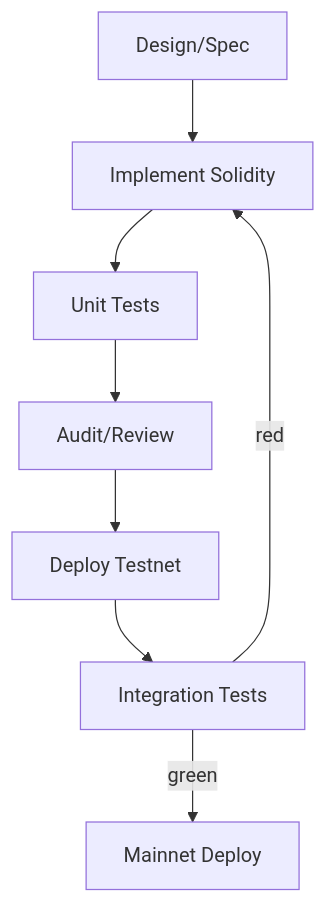
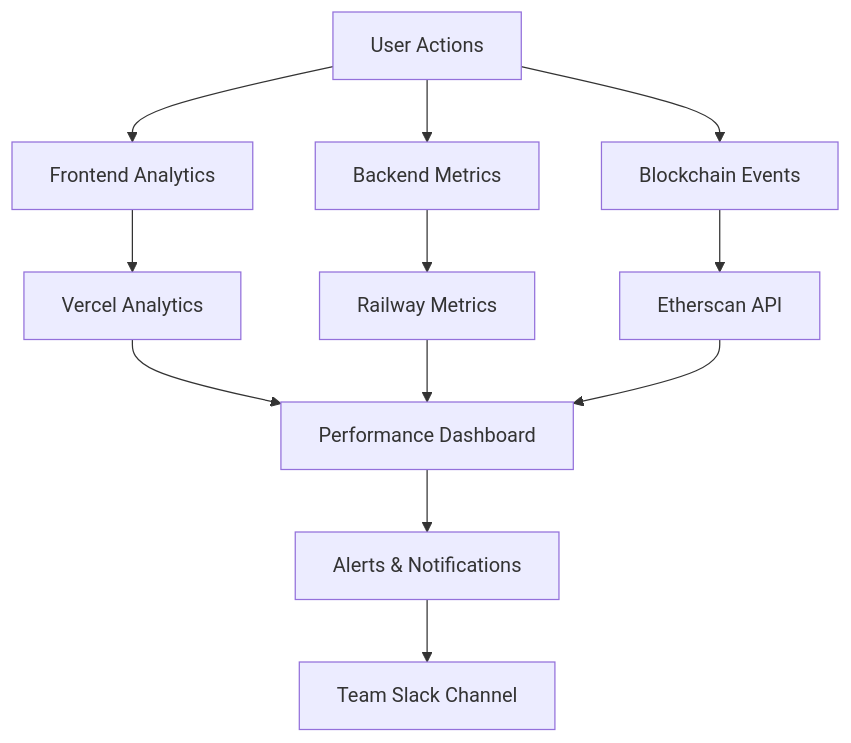
Diagram 15 of 15 in README.md (Aaditya1273/SolanaPay), drawn with Mermaid before and after one commit. The commit also changed other lines of this file and 339 other files, not shown here.

````diff
--- a/README.md
+++ b/README.md
@@ -442,10 +838,17 @@
 ```mermaid
-flowchart TD
-    A[Design/Spec] --> B[Implement Solidity]
-    B --> C[Unit Tests]
-    C --> D[Audit/Review]
-    D --> E[Deploy Testnet]
-    E --> F[Integration Tests]
-    F -->|green| G[Mainnet Deploy]
-    F -->|red| B
+graph TD
+    A[User Actions] --> B[Frontend Analytics]
+    A --> C[Backend Metrics]
+    A --> D[Blockchain Events]
+    
+    B --> E[Vercel Analytics]
+    C --> F[Railway Metrics]
+    D --> G[Etherscan API]
+    
+    E --> H[Performance Dashboard]
+    F --> H
+    G --> H
+    
+    H --> I[Alerts & Notifications]
+    I --> J[Team Slack Channel]
 ```
````
